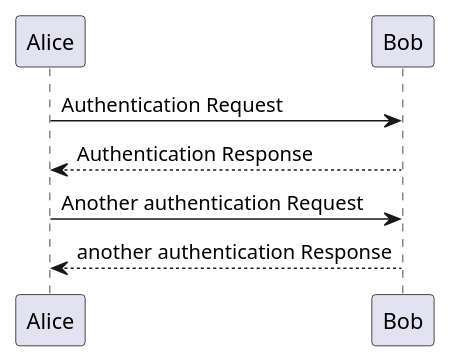
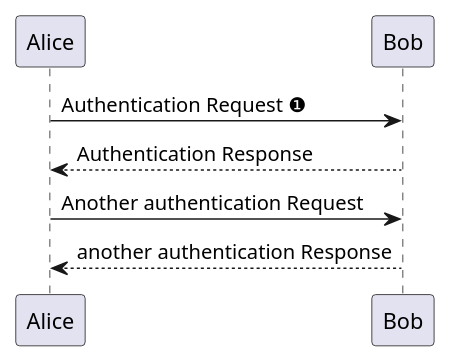
The second of 2 diagrams in src/site/asciidoc/diagrams.adoc (rquinio/asciidoctor-maven-demo), drawn with PlantUML before and after one commit. The commit also changed other lines of this file and 4 other files, not shown here.

Commit message:
Simulate callouts on diagrams

```diff
--- a/src/site/asciidoc/diagrams.adoc
+++ b/src/site/asciidoc/diagrams.adoc
@@ -19,10 +22,10 @@
 [plantuml, plantuml-example, png]
 ----
 @startuml
-Alice -> Bob: Authentication Request
+Alice -> Bob: Authentication Request ❶
 Bob --> Alice: Authentication Response
 
 Alice -> Bob: Another authentication Request
 Alice <-- Bob: another authentication Response
 @enduml
 ----
```
